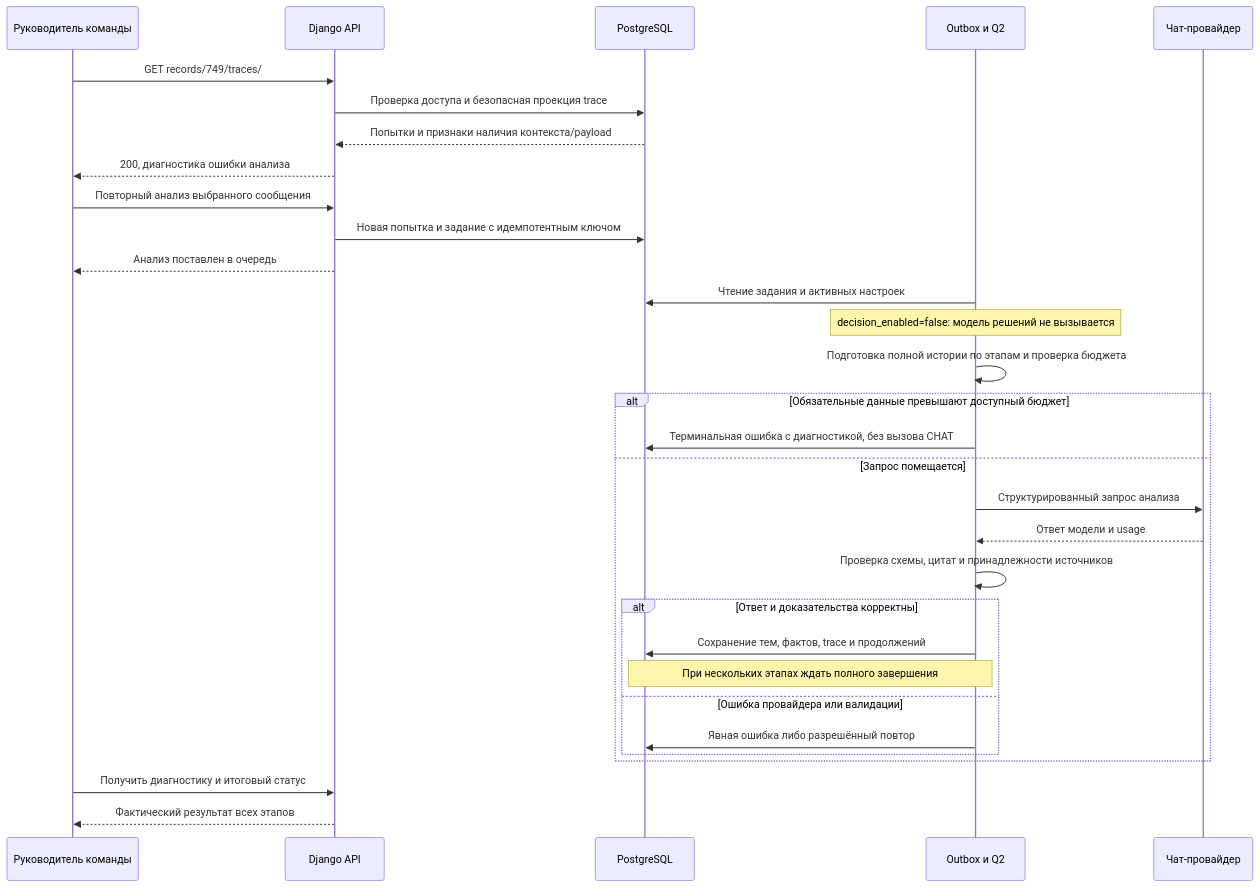
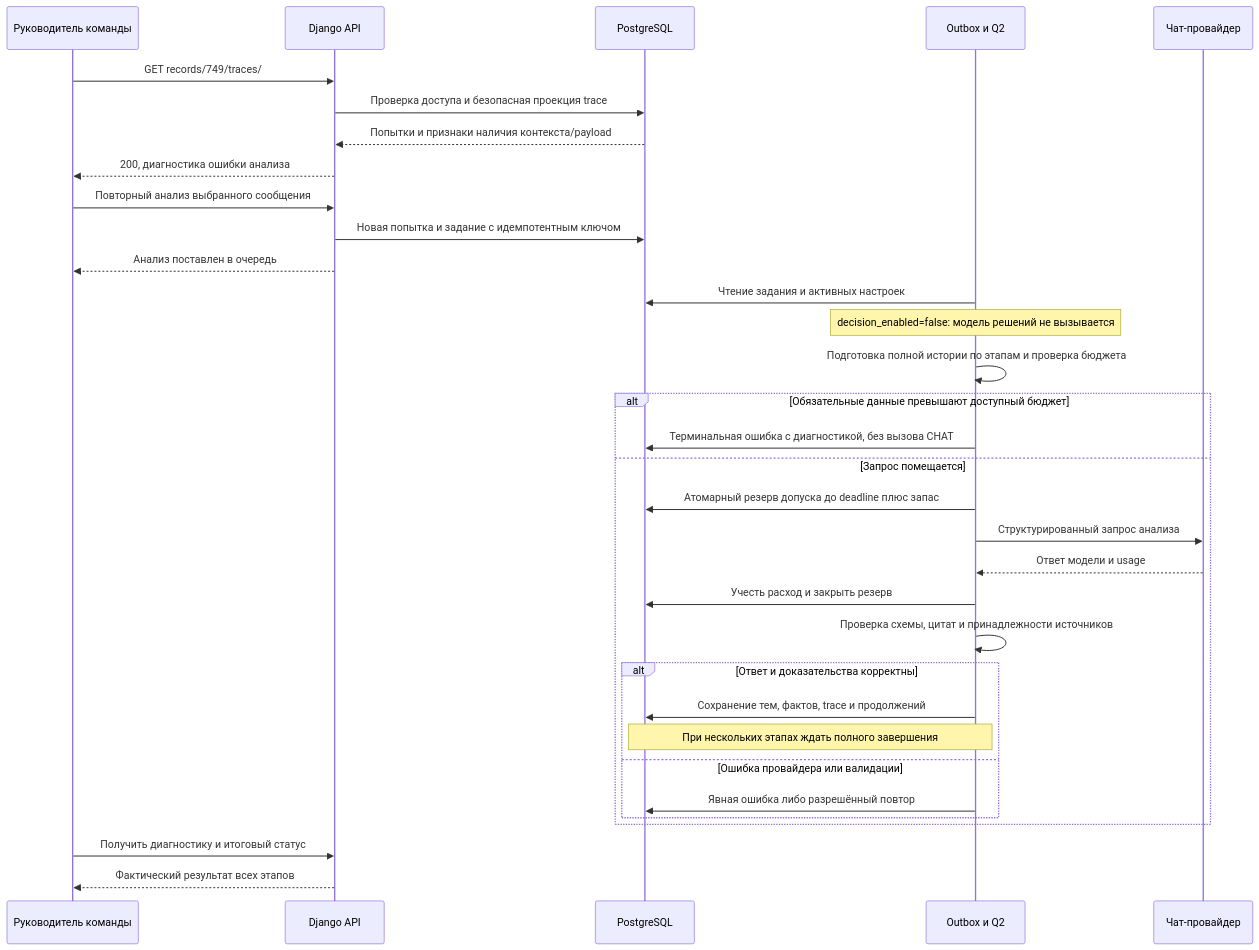
The second of 2 diagrams in specs/task_2026-10-19_11-16-59_MSK.md (envOnion/kz-mazory), drawn with Mermaid before and after one commit. The commit also changed other lines of this file and 2 other files, not shown here.

````diff
--- a/specs/task_2026-10-19_11-16-59_MSK.md
+++ b/specs/task_2026-10-19_11-16-59_MSK.md
@@ -61,33 +70,35 @@
 ```mermaid
 sequenceDiagram
     participant U as Руководитель команды
     participant API as Django API
     participant DB as PostgreSQL
     participant Q as Outbox и Q2
     participant CHAT as Чат-провайдер
     U->>API: GET records/749/traces/
     API->>DB: Проверка доступа и безопасная проекция trace
     DB-->>API: Попытки и признаки наличия контекста/payload
     API-->>U: 200, диагностика ошибки анализа
     U->>API: Повторный анализ выбранного сообщения
     API->>DB: Новая попытка и задание с идемпотентным ключом
     API-->>U: Анализ поставлен в очередь
     Q->>DB: Чтение задания и активных настроек
     Note over Q: decision_enabled=false: модель решений не вызывается
     Q->>Q: Подготовка полной истории по этапам и проверка бюджета
     alt Обязательные данные превышают доступный бюджет
         Q->>DB: Терминальная ошибка с диагностикой, без вызова CHAT
     else Запрос помещается
+        Q->>DB: Атомарный резерв допуска до deadline плюс запас
         Q->>CHAT: Структурированный запрос анализа
         CHAT-->>Q: Ответ модели и usage
+        Q->>DB: Учесть расход и закрыть резерв
         Q->>Q: Проверка схемы, цитат и принадлежности источников
         alt Ответ и доказательства корректны
             Q->>DB: Сохранение тем, фактов, trace и продолжений
             Note over Q,DB: При нескольких этапах ждать полного завершения
         else Ошибка провайдера или валидации
             Q->>DB: Явная ошибка либо разрешённый повтор
         end
     end
     U->>API: Получить диагностику и итоговый статус
     API-->>U: Фактический результат всех этапов
 ```
````
